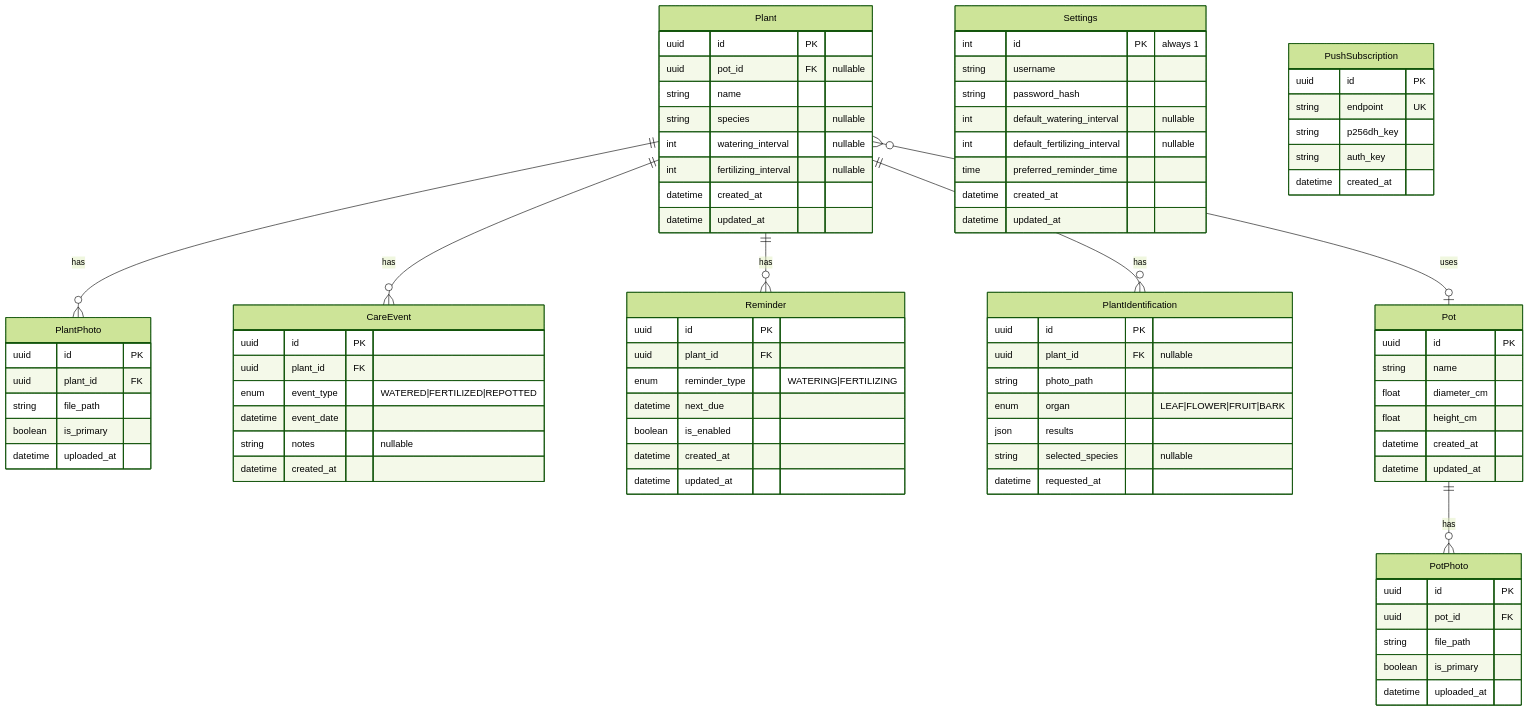
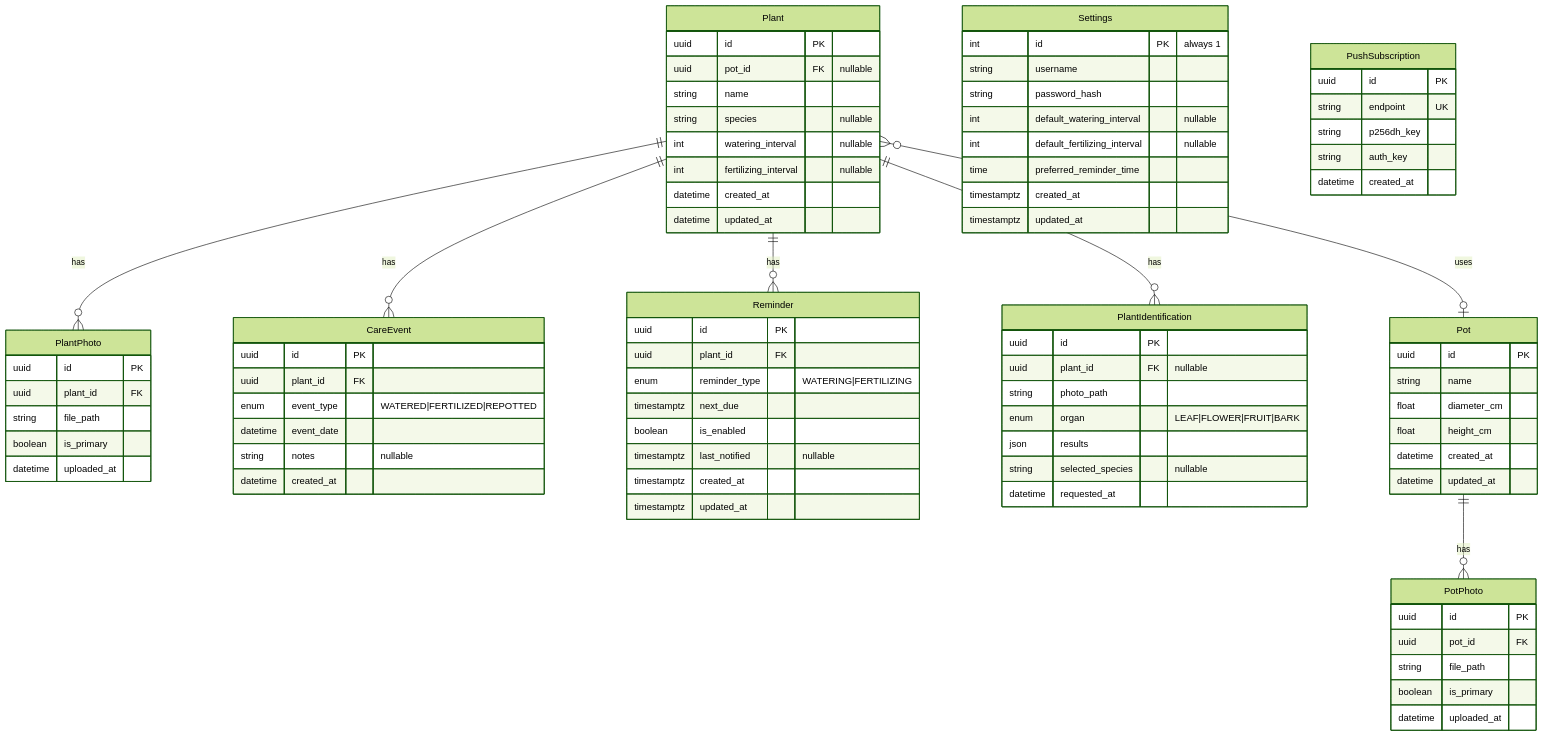
One commit to jdamp/kratzbaum changed the diagram in docs/02_technical/database_schema.md. Above: the diagram before and after it, drawn with Mermaid (forest theme). The commit also changed other lines of this file, not shown here.

Commit message:
docs: update database schema to match actual models and fixed schema

```diff
--- a/docs/02_technical/database_schema.md
+++ b/docs/02_technical/database_schema.md
@@ -18,8 +18,8 @@
         int default_watering_interval "nullable"
         int default_fertilizing_interval "nullable"
         time preferred_reminder_time
-        datetime created_at
-        datetime updated_at
+        timestamptz created_at
+        timestamptz updated_at
     }
 
     PushSubscription {
@@ -79,10 +79,11 @@
         uuid id PK
         uuid plant_id FK
         enum reminder_type "WATERING|FERTILIZING"
-        datetime next_due
+        timestamptz next_due
         boolean is_enabled
-        datetime created_at
-        datetime updated_at
+        timestamptz last_notified "nullable"
+        timestamptz created_at
+        timestamptz updated_at
     }
 
     PlantIdentification {
```
